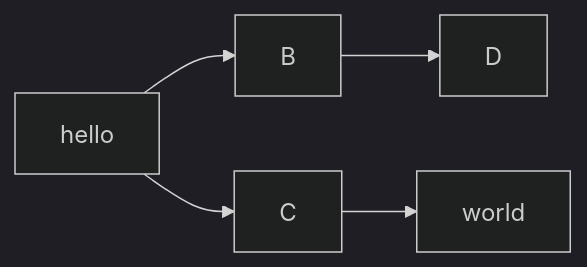
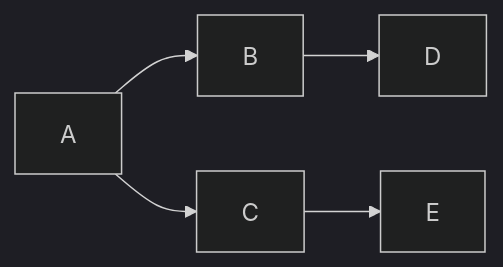
Before and after one commit to suseme/misday: the diagram in _posts/2000-01-01-about.md, drawn with Mermaid (dark theme).

```diff
--- a/_posts/2000-01-01-about.md
+++ b/_posts/2000-01-01-about.md
@@ -8,7 +8,7 @@
 <div class="mermaid">
 graph LR;
-    A[hello]-->B;
+    A-->B;
     A-->C;
     B-->D;
-    C-->E[world];
+    C-->E;
 </div>
```
